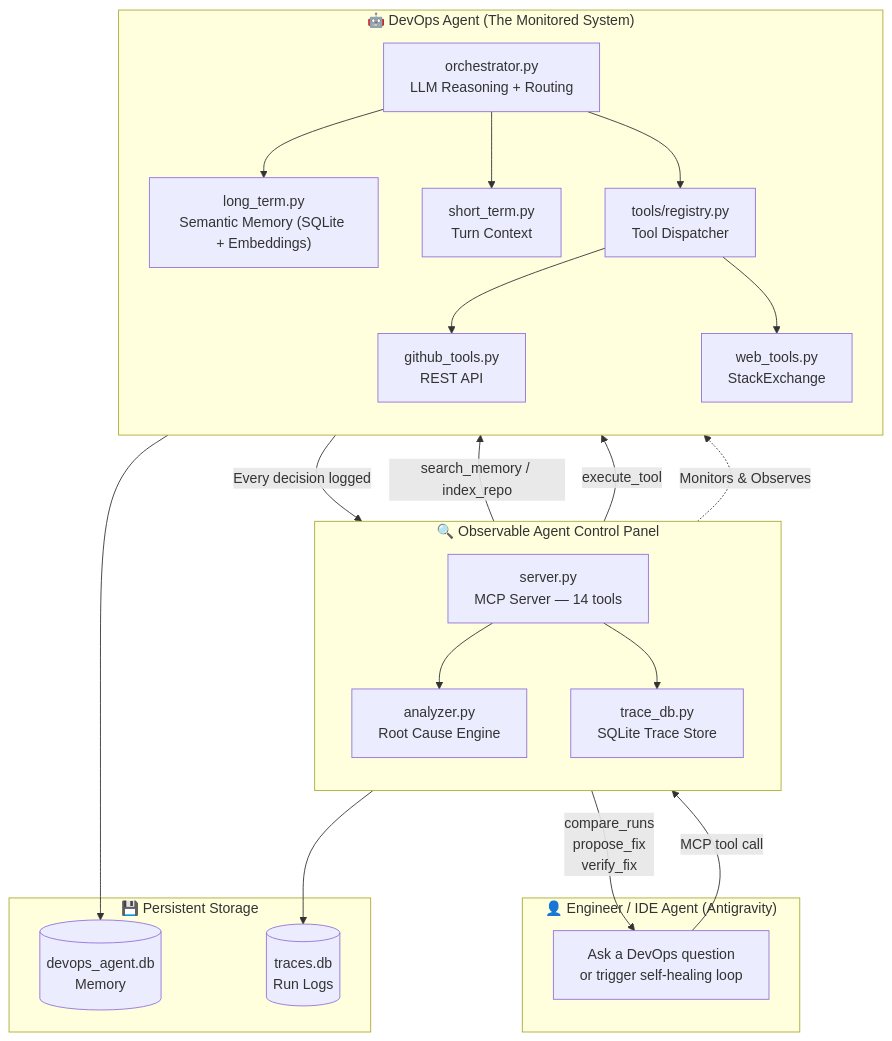
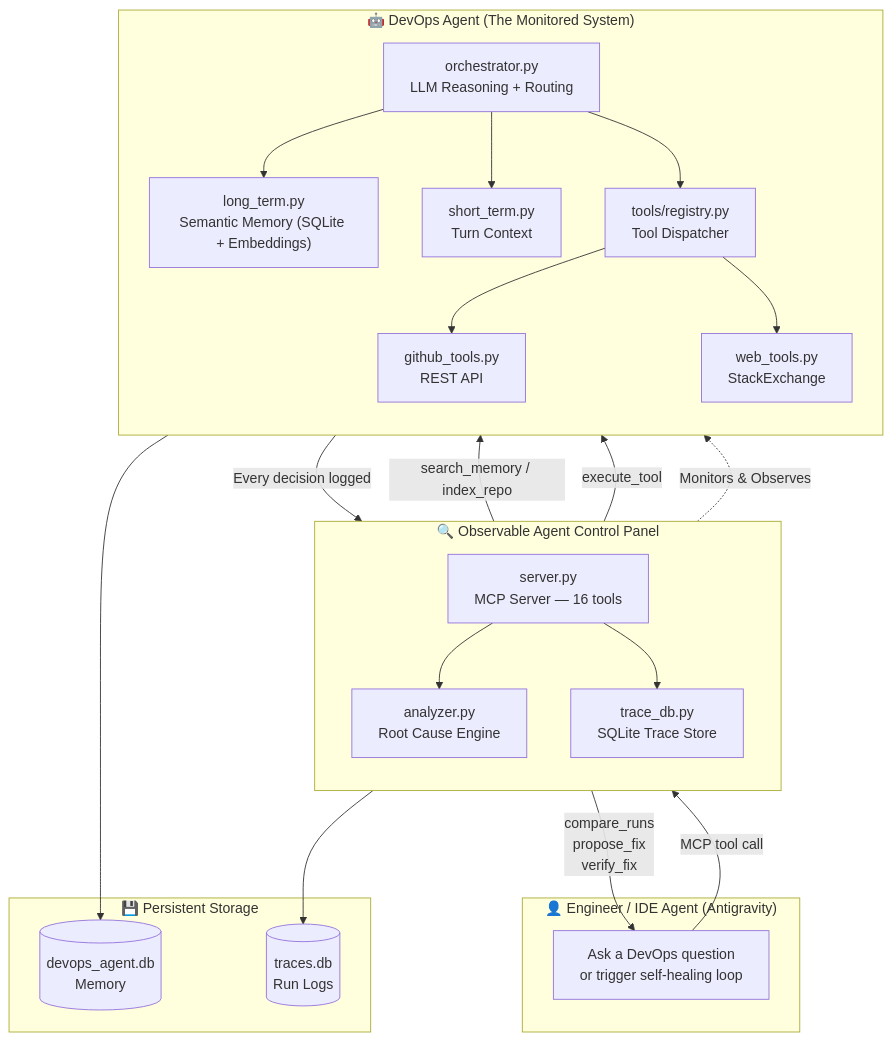
Before and after one commit to paarths-collab/observable-agent-control-panel-v2: the first of 3 diagrams in README.md, drawn with Mermaid. The commit also changed other lines of this file and 10 other files, not shown here.

````diff
--- a/README.md
+++ b/README.md
@@ -60,44 +75,44 @@
 ```mermaid
 graph TB
     subgraph "👤 Engineer / IDE Agent (Antigravity)"
         DEV["Ask a DevOps question<br/>or trigger self-healing loop"]
     end
 
     subgraph "🔍 Observable Agent Control Panel"
         direction TB
-        SRV["server.py<br/>MCP Server — 14 tools"]
+        SRV["server.py<br/>MCP Server — 16 tools"]
         ANA["analyzer.py<br/>Root Cause Engine"]
         TDB["trace_db.py<br/>SQLite Trace Store"]
         SRV --> ANA
         SRV --> TDB
     end
 
     subgraph "🤖 DevOps Agent (The Monitored System)"
         direction TB
         ORCH["orchestrator.py<br/>LLM Reasoning + Routing"]
         LTM["long_term.py<br/>Semantic Memory (SQLite + Embeddings)"]
         STM["short_term.py<br/>Turn Context"]
         REG["tools/registry.py<br/>Tool Dispatcher"]
         GHT["github_tools.py<br/>REST API"]
         WEB["web_tools.py<br/>StackExchange"]
         ORCH --> LTM
         ORCH --> STM
         ORCH --> REG
         REG --> GHT
         REG --> WEB
     end
 
     subgraph "💾 Persistent Storage"
         DB1[(devops_agent.db<br/>Memory)]
         DB2[(traces.db<br/>Run Logs)]
     end
 
     DEV -->|"MCP tool call"| SRV
     SRV -->|"search_memory / index_repo"| LTM
     SRV -->|"execute_tool"| REG
     ORCH -->|"Every decision logged"| TDB
     TDB --> DB2
     LTM --> DB1
     ANA -->|"compare_runs<br/>propose_fix<br/>verify_fix"| DEV
     SRV -.->|"Monitors & Observes"| ORCH
 ```
````
